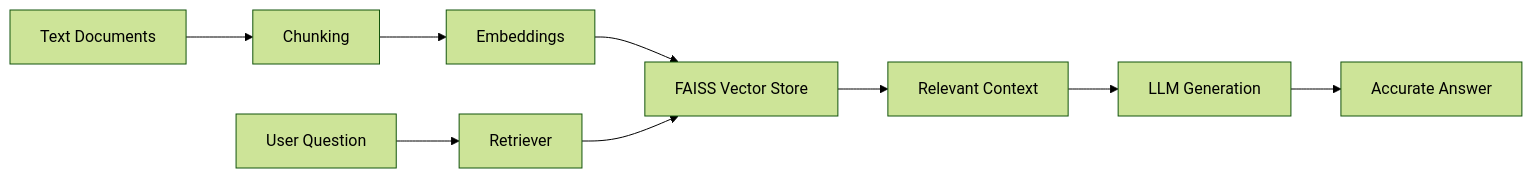
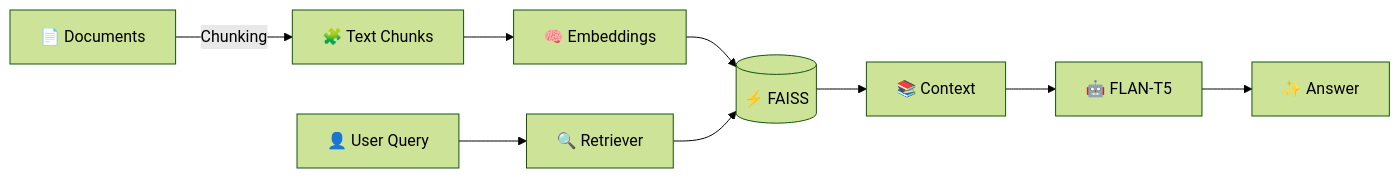
The diagram in README.md (chandramouli9392/Simple-RAG_LangChain), drawn with Mermaid (forest theme) before and after one commit. The commit also changed other lines of this file, not shown here.

````diff
--- a/README.md
+++ b/README.md
@@ -25,11 +25,11 @@
 ```mermaid
 flowchart LR
-    A[Text Documents] --> B[Chunking]
-    B --> C[Embeddings]
-    C --> D[FAISS Vector Store]
-    E[User Question] --> F[Retriever]
+    A[📄 Documents] -->|Chunking| B[🧩 Text Chunks]
+    B --> C[🧠 Embeddings]
+    C --> D[(⚡ FAISS)]
+    E[👤 User Query] --> F[🔍 Retriever]
     F --> D
-    D --> G[Relevant Context]
-    G --> H[LLM Generation]
-    H --> I[Accurate Answer]
+    D --> G[📚 Context]
+    G --> H[🤖 FLAN-T5]
+    H --> I[✨ Answer]
 ```
````
